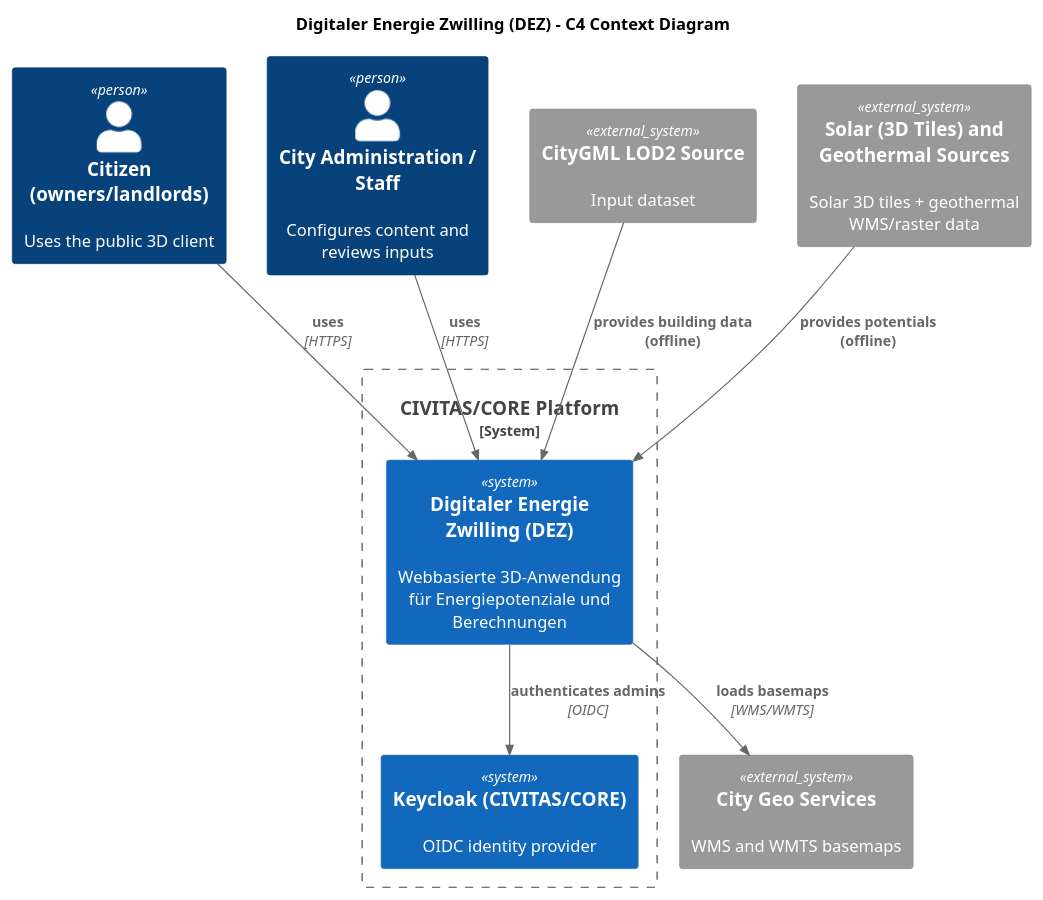
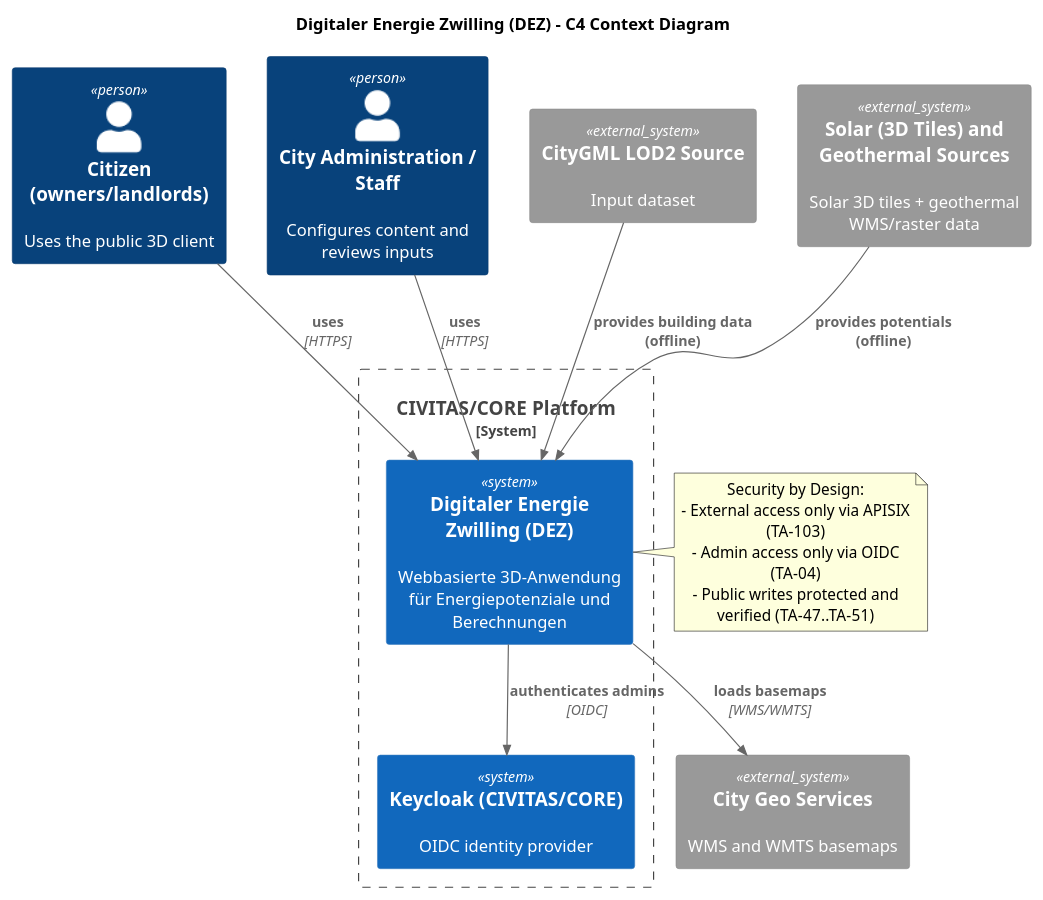
Before and after one commit to csi-FOXBYTE/Regensburg_DigitalerEnergieZwilling_Backend: the diagram in docs/architecture/raw/c4-context.puml, drawn with PlantUML. The commit also changed 21 other files, not shown here.

Commit message:
add security by design to architecture docs

```diff
--- a/docs/architecture/raw/c4-context.puml
+++ b/docs/architecture/raw/c4-context.puml
@@ -1,25 +1,32 @@
 @startuml
 !includeurl https://raw.githubusercontent.com/plantuml-stdlib/C4-PlantUML/master/C4_Context.puml
 
 title Digitaler Energie Zwilling (DEZ) - C4 Context Diagram
 
 Person(citizen, "Citizen (owners/landlords)", "Uses the public 3D client")
 Person(admin, "City Administration / Staff", "Configures content and reviews inputs")
 
 System_Boundary(civitas, "CIVITAS/CORE Platform") {
   System(det, "Digitaler Energie Zwilling (DEZ)", "Webbasierte 3D-Anwendung für Energiepotenziale und Berechnungen")
   System(idp, "Keycloak (CIVITAS/CORE)", "OIDC identity provider")
 }
 
 System_Ext(geo, "City Geo Services", "WMS and WMTS basemaps")
 System_Ext(citygml, "CityGML LOD2 Source", "Input dataset")
 System_Ext(potentials, "Solar (3D Tiles) and Geothermal Sources", "Solar 3D tiles + geothermal WMS/raster data")
 
 Rel(citizen, det, "uses", "HTTPS")
 Rel(admin, det, "uses", "HTTPS")
 Rel(det, idp, "authenticates admins", "OIDC")
 Rel(det, geo, "loads basemaps", "WMS/WMTS")
 Rel(citygml, det, "provides building data (offline)")
 Rel(potentials, det, "provides potentials (offline)")
 
+note right of det
+Security by Design:
+- External access only via APISIX (TA-103)
+- Admin access only via OIDC (TA-04)
+- Public writes protected and verified (TA-47..TA-51)
+end note
+
 @enduml
```
